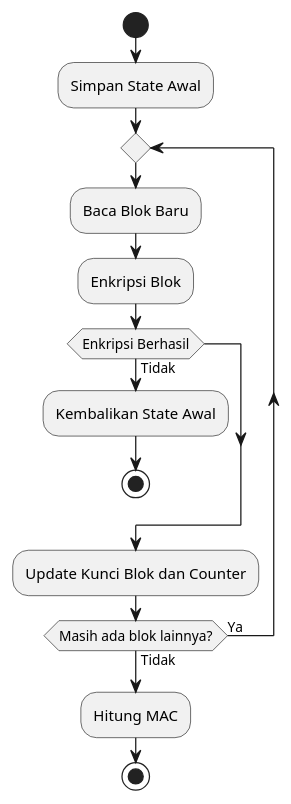
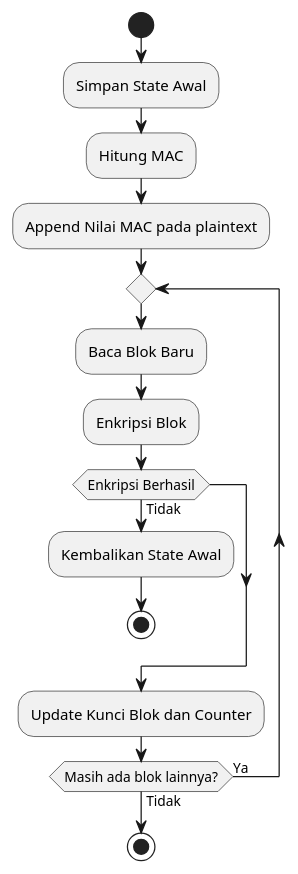
One commit to bayusamudra5502/ta-kriptografi changed the diagram in resources/ch-3/enc.plantuml. Above: the diagram before and after it, drawn with PlantUML. The commit also changed 16 other files, not shown here.

```diff
--- a/resources/ch-3/enc.plantuml
+++ b/resources/ch-3/enc.plantuml
@@ -1,24 +1,25 @@
 @startuml ""
 
 start
 
 :Simpan State Awal;
+
+:Hitung MAC;
+:Append Nilai MAC pada plaintext;
 
 repeat ;
   :Baca Blok Baru;
   :Enkripsi Blok;
 
   if (Enkripsi Berhasil) then (Tidak)
     :Kembalikan State Awal;
     stop;
   endif
 
   :Update Kunci Blok dan Counter;
 
 repeat while (Masih ada blok lainnya?) is (Ya) not (Tidak)
 
-:Hitung MAC;
-
 stop
 
 @enduml
```
